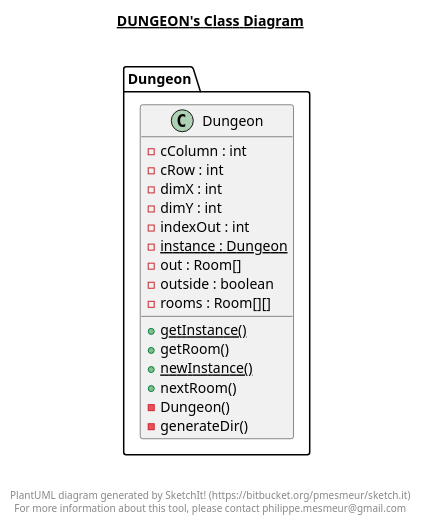
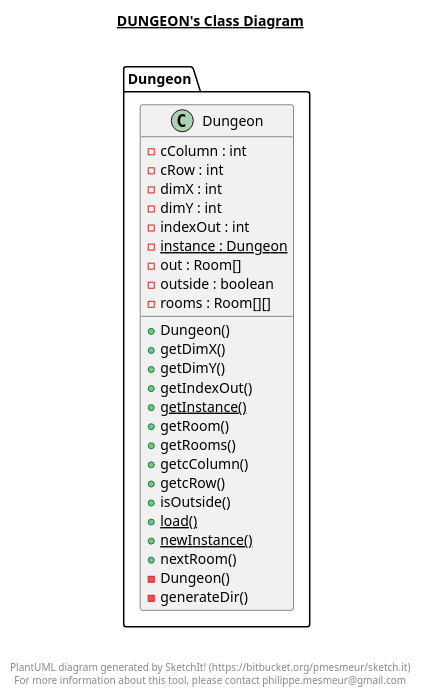
The diagram in out/production/_Proiect/Dungeon/Dungeon.plantuml (IulianMurariu-Tanasache/ProiectPAOO_FirstDungeon), drawn with PlantUML before and after one commit. The commit also changed 186 other files, not shown here.

```diff
--- a/out/production/_Proiect/Dungeon/Dungeon.plantuml
+++ b/out/production/_Proiect/Dungeon/Dungeon.plantuml
@@ -1,35 +1,44 @@
 @startuml
 
 title __DUNGEON's Class Diagram__\n
 
   namespace Dungeon {
     class Dungeon.Dungeon {
         - cColumn : int
         - cRow : int
         - dimX : int
         - dimY : int
         - indexOut : int
         {static} - instance : Dungeon
         - out : Room[]
         - outside : boolean
         - rooms : Room[][]
+        + Dungeon()
+        + getDimX()
+        + getDimY()
+        + getIndexOut()
         {static} + getInstance()
         + getRoom()
+        + getRooms()
+        + getcColumn()
+        + getcRow()
+        + isOutside()
+        {static} + load()
         {static} + newInstance()
         + nextRoom()
         - Dungeon()
         - generateDir()
     }
   }
   
 
 
 
 right footer
 
 
 PlantUML diagram generated by SketchIt! (https://bitbucket.org/pmesmeur/sketch.it)
 For more information about this tool, please contact philippe.mesmeur@gmail.com
 endfooter
 
 @enduml
```
